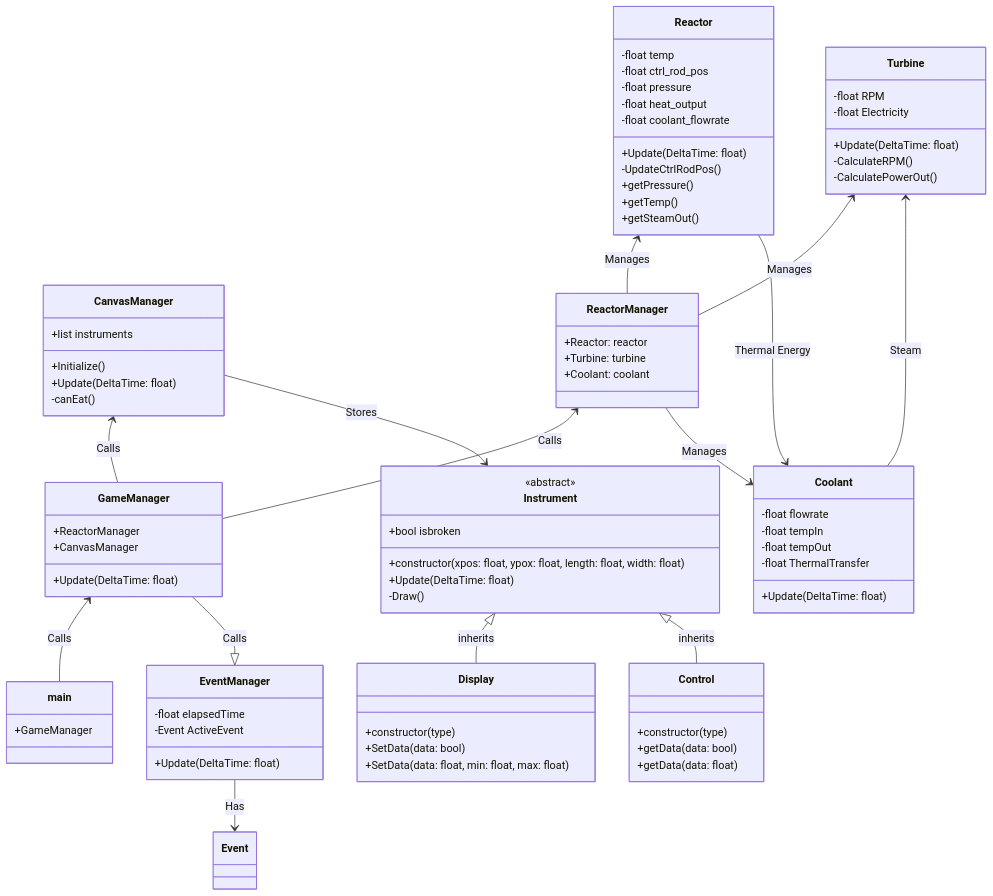
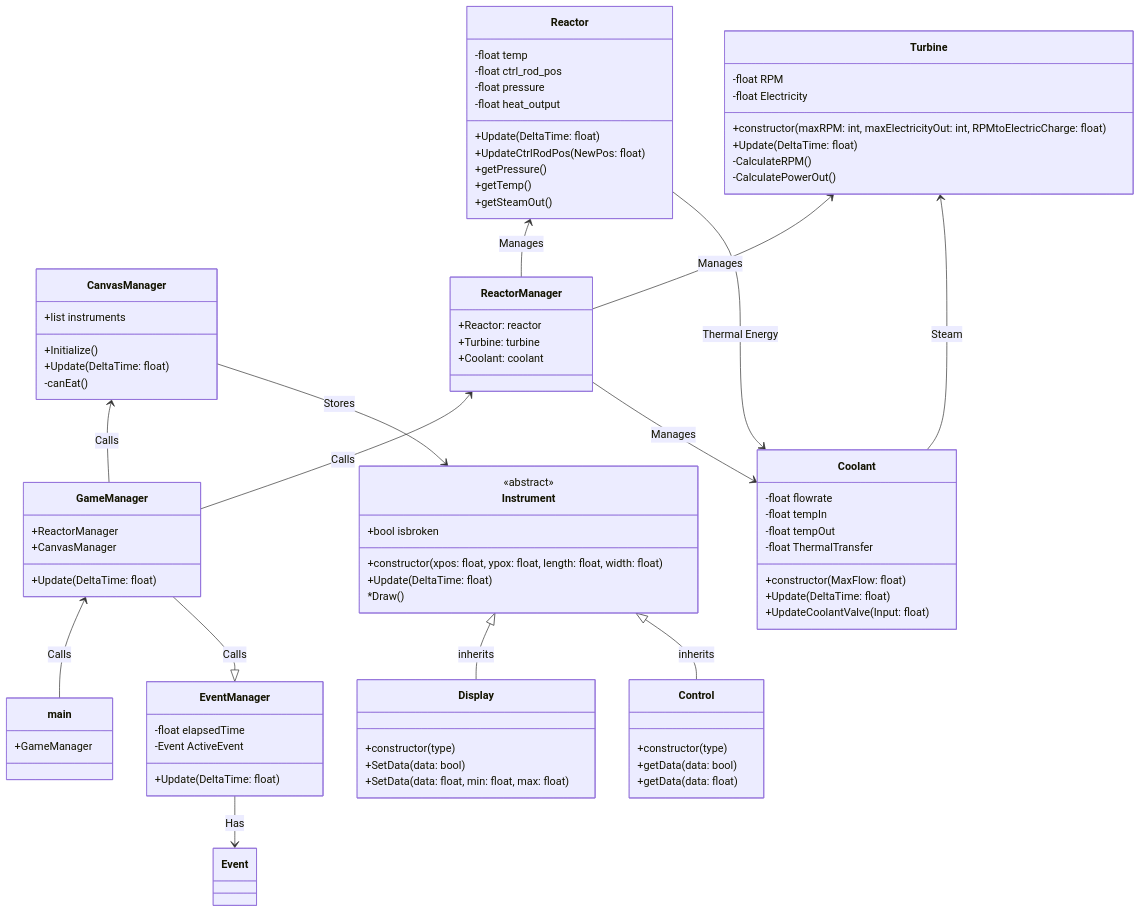
One commit to Icewav3/Cpp-Projects changed the diagram in ReactorSim/Reference/ClassDiagram.mermaid. Above: the diagram before and after it, drawn with Mermaid. The commit also changed 1 other file, not shown here.

```diff
--- a/ReactorSim/Reference/ClassDiagram.mermaid
+++ b/ReactorSim/Reference/ClassDiagram.mermaid
@@ -1,83 +1,85 @@
 classDiagram
     GameManager <-- main: Calls
     CanvasManager <-- GameManager: Calls
     ReactorManager <-- GameManager: Calls
     CanvasManager --> Instrument: Stores
     class main {
         +GameManager
     }
     class GameManager {
         +ReactorManager
         +CanvasManager
         +Update(DeltaTime: float)
     }
     GameManager --|> EventManager: Calls
-    EventManager --> Event: Has
     class EventManager {
         -float elapsedTime
         -Event ActiveEvent
         +Update(DeltaTime: float)
     }
+    EventManager --> Event: Has
     class Event {
     }
     class CanvasManager {
         +list<Instrument> instruments
         +Initialize()
         +Update(DeltaTime: float)
         -canEat()
     }
     class Instrument {
         <<abstract>>
         +constructor(xpos: float, ypox: float, length: float, width: float)
         +bool isbroken
         +Update(DeltaTime: float)
-        -Draw()
+        *Draw()
     }
     Instrument <|-- Display: inherits
     class Display {
         +constructor(type)
         +SetData(data: bool)
         +SetData(data: float, min: float, max: float)
     }
     Instrument <|-- Control: inherits
     class Control {
         +constructor(type)
         +getData(data: bool)
         +getData(data: float)
     }
     class ReactorManager {
         +Reactor: reactor
         +Turbine: turbine
         +Coolant: coolant
     }
     Reactor <-- ReactorManager: Manages
     class Reactor {
         -float temp
         -float ctrl_rod_pos
         -float pressure
         -float heat_output
-        -float coolant_flowrate
         +Update(DeltaTime: float)
-        -UpdateCtrlRodPos()
+        +UpdateCtrlRodPos(NewPos: float)
         +getPressure()
         +getTemp()
         +getSteamOut()
     }
+    Reactor --> Coolant: Thermal Energy
     Turbine <-- ReactorManager: Manages
     class Turbine {
+        +constructor(maxRPM: int, maxElectricityOut: int, RPMtoElectricCharge: float)
         -float RPM
         -float Electricity
         +Update(DeltaTime: float)
         -CalculateRPM()
         -CalculatePowerOut()
     }
     ReactorManager --> Coolant: Manages
     Turbine <-- Coolant: Steam
-    Reactor --> Coolant: Thermal Energy
     class Coolant {
+        +constructor(MaxFlow: float)
         -float flowrate
         -float tempIn
         -float tempOut
         -float ThermalTransfer
         +Update(DeltaTime: float)
+        +UpdateCoolantValve(Input: float)
     }
```
